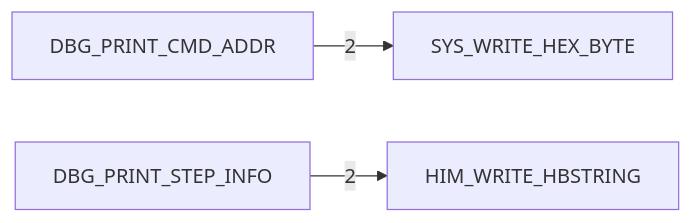
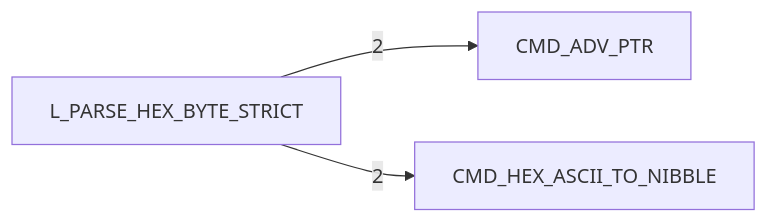
One commit to 95westus/R-YORS changed the fifth of 6 diagrams in DOC/GENERATED/HIMON_COMMAND_MAP.md. Above: the diagram before and after it, drawn with Mermaid. The commit also changed other lines of this file and 65 other files, not shown here.

````diff
--- a/DOC/GENERATED/HIMON_COMMAND_MAP.md
+++ b/DOC/GENERATED/HIMON_COMMAND_MAP.md
@@ -78,5 +78,5 @@
 ```mermaid
 flowchart LR
-    N_DBG_PRINT_CMD_ADDR[DBG_PRINT_CMD_ADDR] -->|2| N_SYS_WRITE_HEX_BYTE[SYS_WRITE_HEX_BYTE]
-    N_DBG_PRINT_STEP_INFO[DBG_PRINT_STEP_INFO] -->|2| N_HIM_WRITE_HBSTRING[HIM_WRITE_HBSTRING]
+    N_L_PARSE_HEX_BYTE_STRICT[L_PARSE_HEX_BYTE_STRICT] -->|2| N_CMD_ADV_PTR[CMD_ADV_PTR]
+    N_L_PARSE_HEX_BYTE_STRICT[L_PARSE_HEX_BYTE_STRICT] -->|2| N_CMD_HEX_ASCII_TO_NIBBLE[CMD_HEX_ASCII_TO_NIBBLE]
 ```
````
